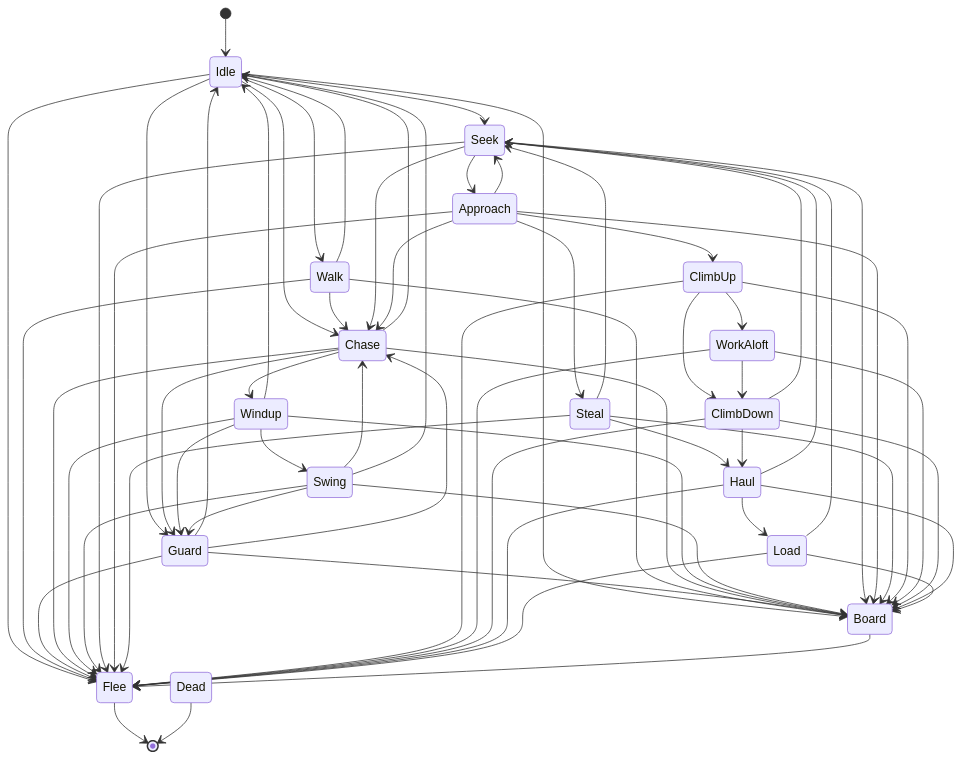
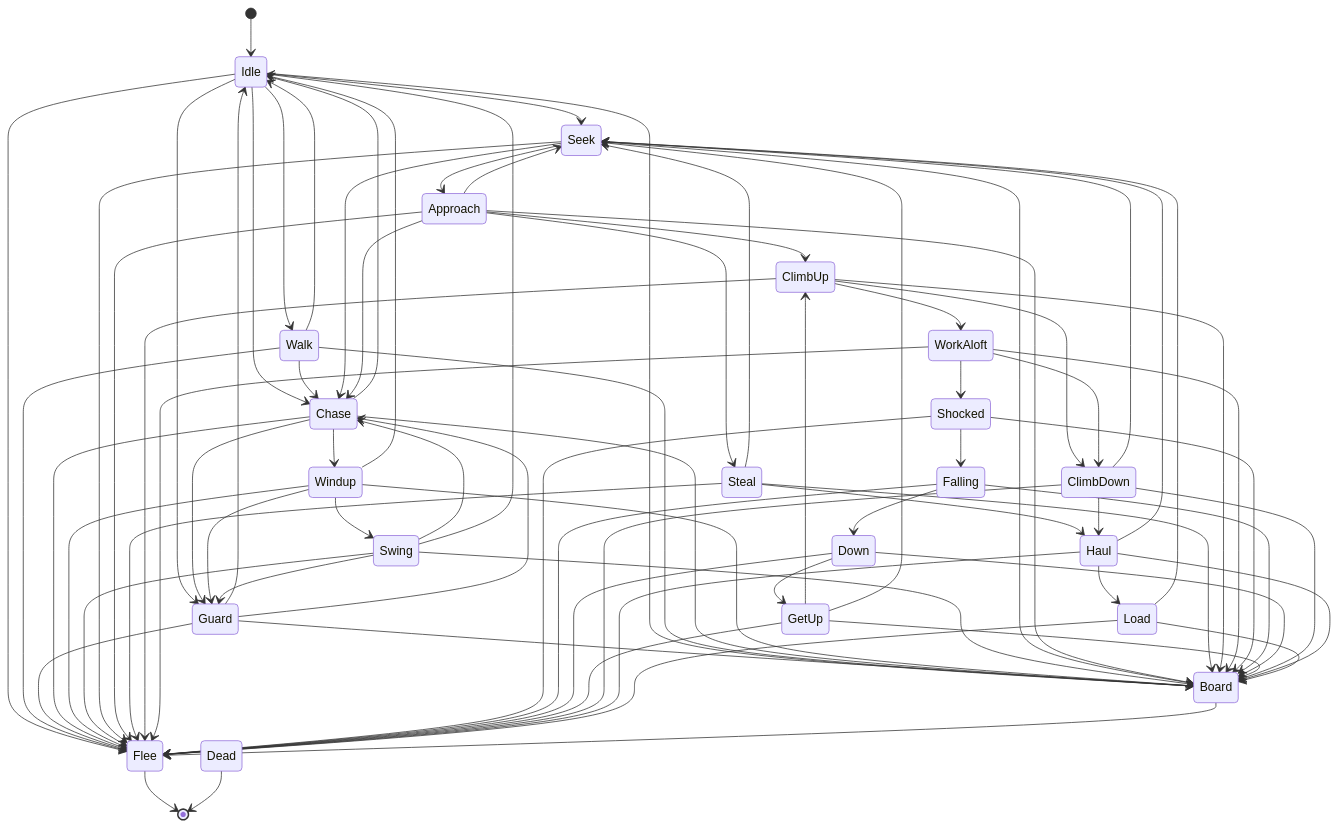
Diagram 14 of 39 in docs/state-machines.md (Kobu-Labs/drycastle), drawn with Mermaid before and after one commit. The commit also changed other lines of this file and 28 other files, not shown here.

Commit message:
Thieves 07: Poles, connector Loot, electrocution (Shocked, Falling, Down, GetUp), Shock fx and sound

````diff
--- a/docs/state-machines.md
+++ b/docs/state-machines.md
@@ -357,68 +357,82 @@
 ```mermaid
 stateDiagram-v2
     [*] --> Idle
     Idle --> Walk
     Idle --> Guard
     Idle --> Chase
     Idle --> Seek
     Idle --> Flee
     Idle --> Board
     Walk --> Idle
     Walk --> Chase
     Walk --> Flee
     Walk --> Board
     Guard --> Idle
     Guard --> Chase
     Guard --> Flee
     Guard --> Board
     Chase --> Windup
     Chase --> Idle
     Chase --> Guard
     Chase --> Flee
     Chase --> Board
     Windup --> Swing
     Windup --> Idle
     Windup --> Guard
     Windup --> Flee
     Windup --> Board
     Swing --> Chase
     Swing --> Idle
     Swing --> Guard
     Swing --> Flee
     Swing --> Board
     Seek --> Approach
     Seek --> Chase
     Seek --> Flee
     Seek --> Board
     Approach --> Steal
     Approach --> ClimbUp
     Approach --> Seek
     Approach --> Chase
     Approach --> Flee
     Approach --> Board
     Steal --> Haul
     Steal --> Seek
     Steal --> Flee
     Steal --> Board
     ClimbUp --> WorkAloft
     ClimbUp --> ClimbDown
     ClimbUp --> Flee
     ClimbUp --> Board
     WorkAloft --> ClimbDown
+    WorkAloft --> Shocked
     WorkAloft --> Flee
     WorkAloft --> Board
+    Shocked --> Falling
+    Shocked --> Flee
+    Shocked --> Board
+    Falling --> Down
+    Falling --> Flee
+    Falling --> Board
+    Down --> GetUp
+    Down --> Flee
+    Down --> Board
+    GetUp --> ClimbUp
+    GetUp --> Seek
+    GetUp --> Flee
+    GetUp --> Board
     ClimbDown --> Haul
     ClimbDown --> Seek
     ClimbDown --> Flee
     ClimbDown --> Board
     Haul --> Load
     Haul --> Seek
     Haul --> Flee
     Haul --> Board
     Load --> Seek
     Load --> Flee
     Load --> Board
     Board --> Flee
     Flee --> [*]
     Dead --> [*]
 ```
````
